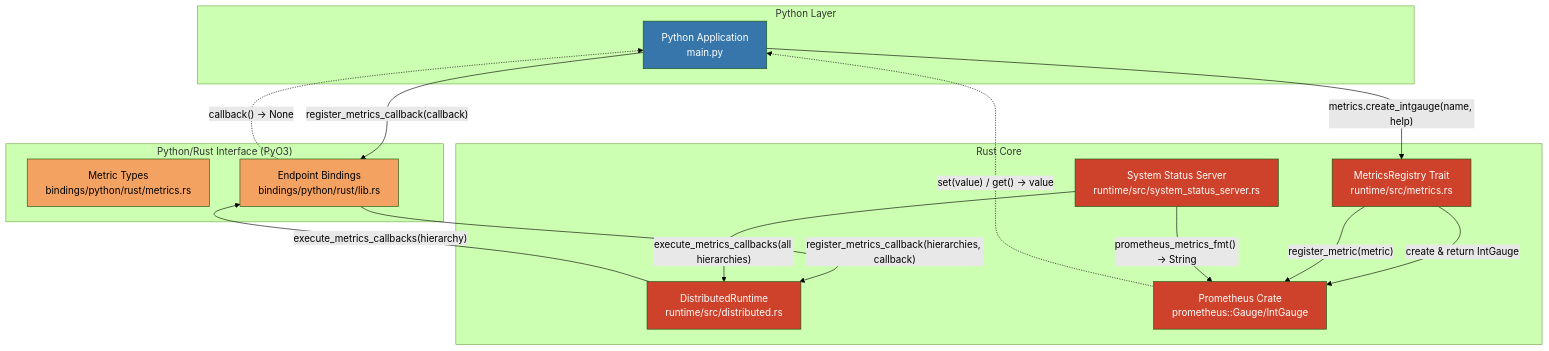
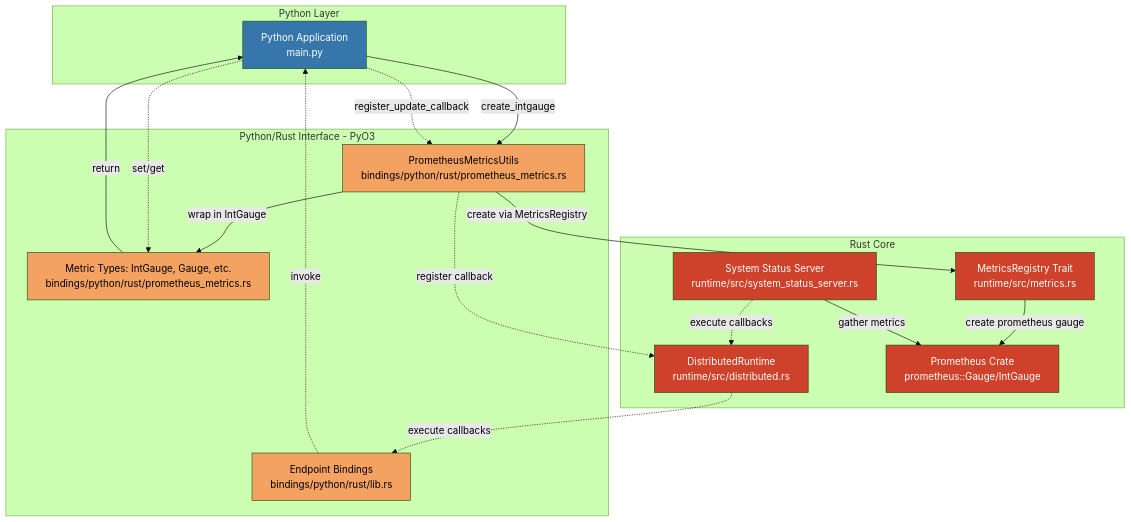
The second of 2 diagrams in lib/bindings/python/examples/metrics/README.md (vickiegpt/dynamo), drawn with Mermaid (forest theme) before and after one commit. The commit also changed other lines of this file and 7 other files, not shown here.

First line of the commit message:
refactor: improve Python metrics API organization and cleanup

````diff
--- a/lib/bindings/python/examples/metrics/README.md
+++ b/lib/bindings/python/examples/metrics/README.md
@@ -252,36 +290,40 @@
 ```mermaid
-graph TB
-    subgraph "Python Layer"
+graph TD
+    subgraph Python["Python Layer"]
         PY[Python Application<br/>main.py]
         style PY fill:#3776ab,color:#fff
     end
 
-    subgraph "Python/Rust Interface (PyO3)"
-        MT[Metric Types<br/>bindings/python/rust/metrics.rs]
+    subgraph PyO3["Python/Rust Interface - PyO3"]
+        PMU[PrometheusMetricsUtils<br/>bindings/python/rust/prometheus_metrics.rs]
+        MT["Metric Types: IntGauge, Gauge, etc.<br/>bindings/python/rust/prometheus_metrics.rs"]
         EP[Endpoint Bindings<br/>bindings/python/rust/lib.rs]
+        style PMU fill:#f4a261,color:#000
         style MT fill:#f4a261,color:#000
         style EP fill:#f4a261,color:#000
     end
 
-    subgraph "Rust Core"
+    subgraph Rust["Rust Core"]
         MR[MetricsRegistry Trait<br/>runtime/src/metrics.rs]
         DRT[DistributedRuntime<br/>runtime/src/distributed.rs]
-        PROM[Prometheus Crate<br/>prometheus::Gauge/IntGauge]
+        PROM["Prometheus Crate<br/>prometheus::Gauge/IntGauge"]
         SS[System Status Server<br/>runtime/src/system_status_server.rs]
         style MR fill:#ce422b,color:#fff
         style DRT fill:#ce422b,color:#fff
         style PROM fill:#ce422b,color:#fff
         style SS fill:#ce422b,color:#fff
     end
 
-    PY -->|"metrics.create_intgauge(name, help)"| MR
-    PY -->|"register_metrics_callback(callback)"| EP
-    MR -->|"create & return IntGauge"| PROM
-    PROM -.->|"set(value) / get() -> value"| PY
-    EP -->|"register_metrics_callback(hierarchies, callback)"| DRT
-    MR -->|"register_metric(metric)"| PROM
-    DRT -->|"execute_metrics_callbacks(hierarchy)"| EP
-    EP -.->|"callback() -> None"| PY
-    SS -->|"execute_metrics_callbacks(all hierarchies)"| DRT
-    SS -->|"prometheus_metrics_fmt() -> String"| PROM
+    PY -->|create_intgauge| PMU
+    PY -.->|register_update_callback| PMU
+    PMU -->|create via MetricsRegistry| MR
+    MR -->|create prometheus gauge| PROM
+    PMU -->|wrap in IntGauge| MT
+    MT -->|return| PY
+    PY -.->|set/get| MT
+    PMU -.->|register callback| DRT
+    DRT -.->|execute callbacks| EP
+    EP -.->|invoke| PY
+    SS -.->|execute callbacks| DRT
+    SS -->|gather metrics| PROM
 ```
````
